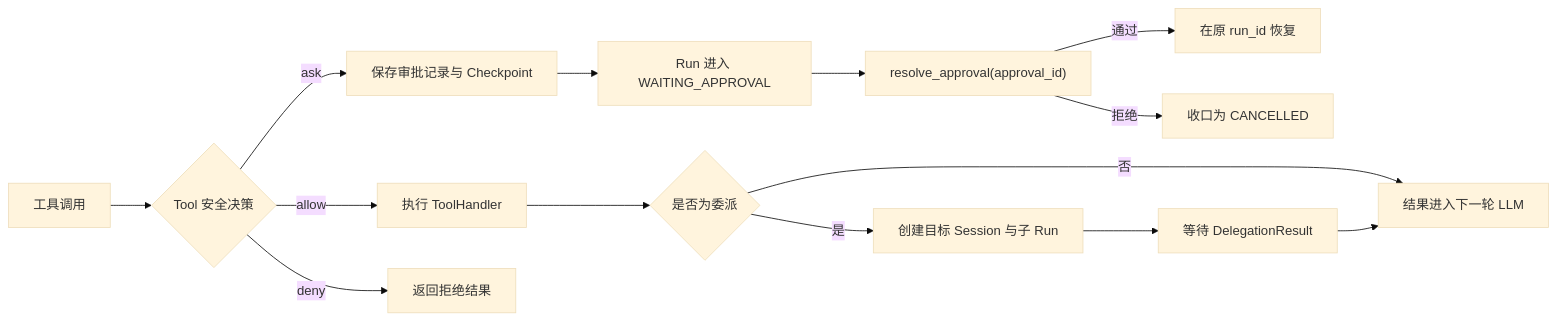
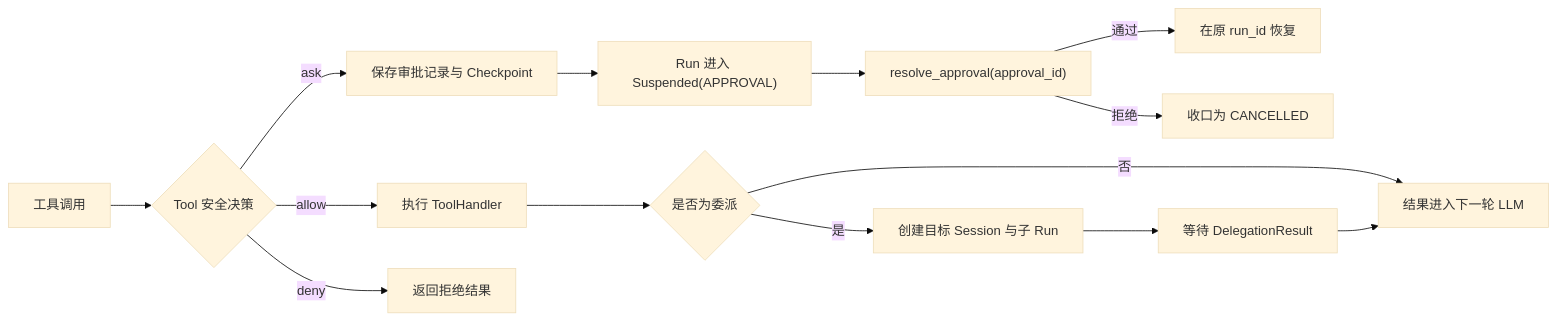
Before and after one commit to aandbcct/dotClaw: the third of 5 diagrams in docs/wiki/readme.md, drawn with Mermaid (base theme). The commit also changed 12 other files, not shown here.

````diff
--- a/docs/wiki/readme.md
+++ b/docs/wiki/readme.md
@@ -148,18 +148,18 @@
 ```mermaid
 flowchart LR
     ToolCall["工具调用"] --> Decision{"Tool 安全决策"}
     Decision -->|allow| Execute["执行 ToolHandler"]
     Decision -->|ask| Approval["保存审批记录与 Checkpoint"]
     Decision -->|deny| Fail["返回拒绝结果"]
 
-    Approval --> Wait["Run 进入 WAITING_APPROVAL"]
+    Approval --> Wait["Run 进入 Suspended(APPROVAL)"]
     Wait --> Resolve["resolve_approval(approval_id)"]
     Resolve -->|通过| Resume["在原 run_id 恢复"]
     Resolve -->|拒绝| Cancelled["收口为 CANCELLED"]
 
     Execute --> DelegationCheck{"是否为委派"}
     DelegationCheck -->|否| NextLLM["结果进入下一轮 LLM"]
     DelegationCheck -->|是| Child["创建目标 Session 与子 Run"]
     Child --> ChildResult["等待 DelegationResult"]
     ChildResult --> NextLLM
 ```
````
